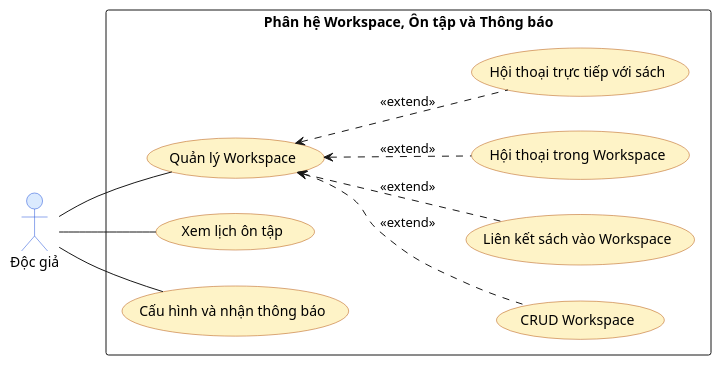
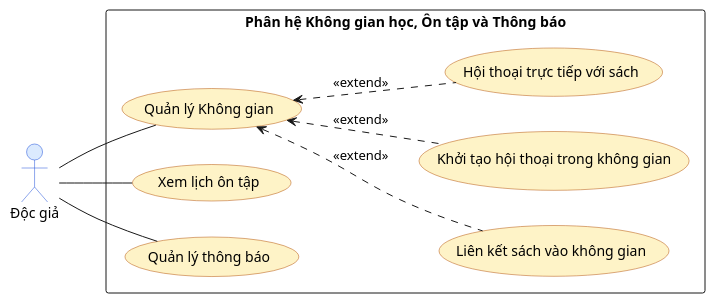
One commit to KhoaSinno/triam-backend changed the diagram in _docs_capstone/_dia/UseCase/sub_UC/triam_usecase_workspace_review.puml. Above: the diagram before and after it, drawn with PlantUML. The commit also changed 4 other files, not shown here.

```diff
--- a/_docs_capstone/_dia/UseCase/sub_UC/triam_usecase_workspace_review.puml
+++ b/_docs_capstone/_dia/UseCase/sub_UC/triam_usecase_workspace_review.puml
@@ -1,41 +1,39 @@
 @startuml triam_usecase_workspace_review
 skinparam Shadowing false
 skinparam backgroundColor #FFFFFF
 skinparam defaultFontName Arial
 ' skinparam roundcorner 14
 ' skinparam linetype ortho
 
 skinparam actor {
   BackgroundColor #DBEAFE
   BorderColor #1D4ED8
 }
 skinparam usecase {
   BackgroundColor #FEF3C7
   BorderColor #B45309
 }
 
 left to right direction
 
 actor "Độc giả" as Reader
 
-rectangle "Phân hệ Workspace, Ôn tập và Thông báo" {
-  (Quản lý Workspace) as UC_Workspace
+rectangle "Phân hệ Không gian học, Ôn tập và Thông báo" {
+  (Quản lý Không gian) as UC_Workspace
   (Xem lịch ôn tập) as UC_Review
-  (Cấu hình và nhận thông báo) as UC_Notification
+  (Quản lý thông báo) as UC_Notification
 
-  (CRUD Workspace) as UC_CreateWS
-  (Liên kết sách vào Workspace) as UC_ManageWSBooks
-  (Hội thoại trong Workspace) as UC_WSChat
+  (Liên kết sách vào không gian) as UC_ManageWSBooks
+  (Khởi tạo hội thoại trong không gian) as UC_WSChat
   (Hội thoại trực tiếp với sách) as UC_DirectChat
 
-  ' Các chức năng con của Quản lý Workspace sử dụng quan hệ mở rộng (extend)
-  UC_Workspace <.. UC_CreateWS : <<extend>>
+  ' Các chức năng con của Quản lý không gian sử dụng quan hệ mở rộng (extend)
   UC_Workspace <.. UC_ManageWSBooks : <<extend>>
   UC_Workspace <.. UC_WSChat : <<extend>>
   UC_Workspace <.. UC_DirectChat : <<extend>>
 }
 
 Reader -- UC_Workspace
 Reader -- UC_Review
 Reader -- UC_Notification
 @enduml
```
